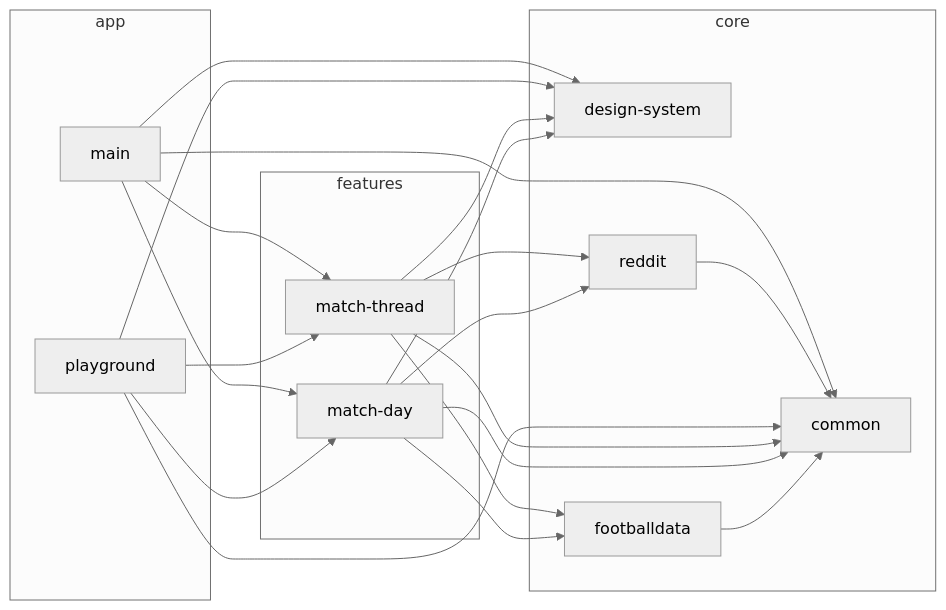
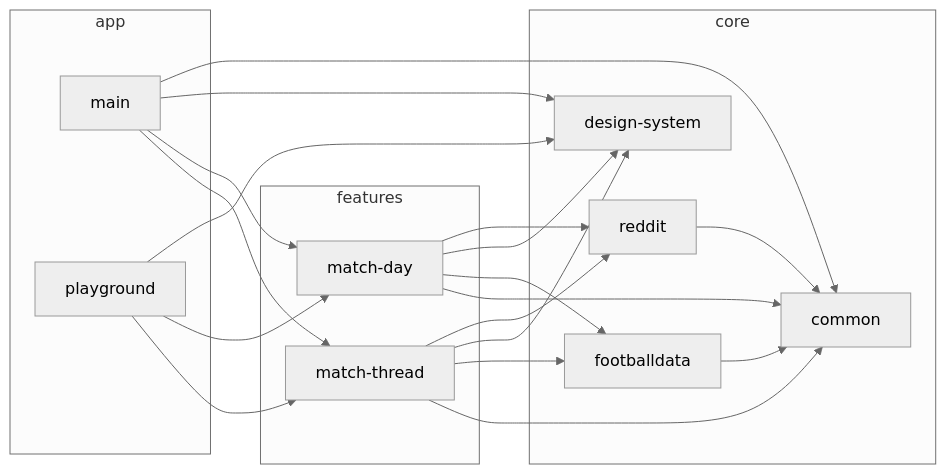
The diagram in README.md (iurysza/livematch), drawn with Mermaid before and after one commit. The commit also changed 1 other file, not shown here.

Commit message:
Remove common module dependency from playground app

````diff
--- a/README.md
+++ b/README.md
@@ -68,41 +68,40 @@
 ```mermaid
 %%{
   init: {
     'theme': 'neutral'
   }
 }%%
 
 graph LR
   subgraph app
     main
     playground
   end
   subgraph core
     common
     design-system
     footballdata
     reddit
   end
   subgraph features
     match-day
     match-thread
   end
   footballdata --> common
   match-day --> common
   match-day --> footballdata
   match-day --> design-system
   match-day --> reddit
   match-thread --> common
   match-thread --> footballdata
   match-thread --> design-system
   match-thread --> reddit
   playground --> match-thread
   playground --> match-day
   playground --> design-system
-  playground --> common
   reddit --> common
   main --> match-thread
   main --> match-day
   main --> design-system
   main --> common
 ```
````
